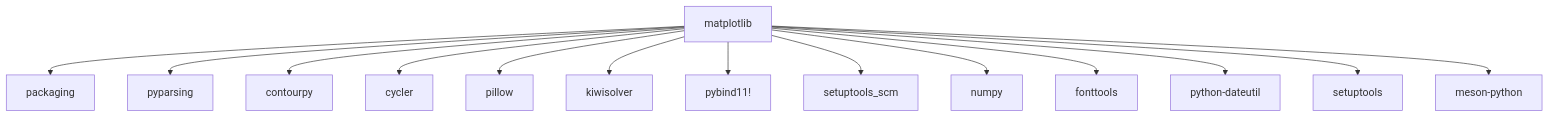
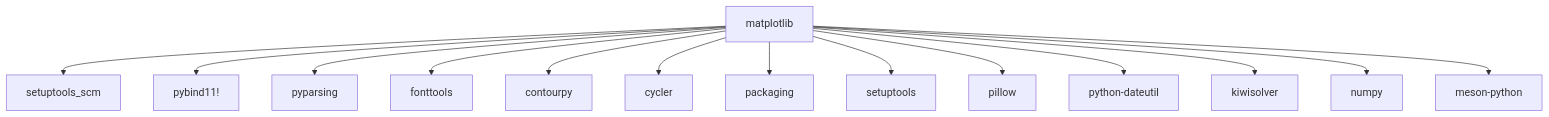
The diagram in dz2/graph.mmd (GriEvouss/Konfig_dz), drawn with Mermaid before and after one commit. The commit also changed other lines of this file and 2 other files, not shown here.

```diff
--- a/dz2/graph.mmd
+++ b/dz2/graph.mmd
@@ -1,14 +1,14 @@
 graph TD
-    matplotlib --> packaging
+    matplotlib --> setuptools_scm
+    matplotlib --> pybind11!
     matplotlib --> pyparsing
+    matplotlib --> fonttools
     matplotlib --> contourpy
     matplotlib --> cycler
+    matplotlib --> packaging
+    matplotlib --> setuptools
     matplotlib --> pillow
+    matplotlib --> python-dateutil
     matplotlib --> kiwisolver
-    matplotlib --> pybind11!
-    matplotlib --> setuptools_scm
     matplotlib --> numpy
-    matplotlib --> fonttools
-    matplotlib --> python-dateutil
-    matplotlib --> setuptools
     matplotlib --> meson-python
```
